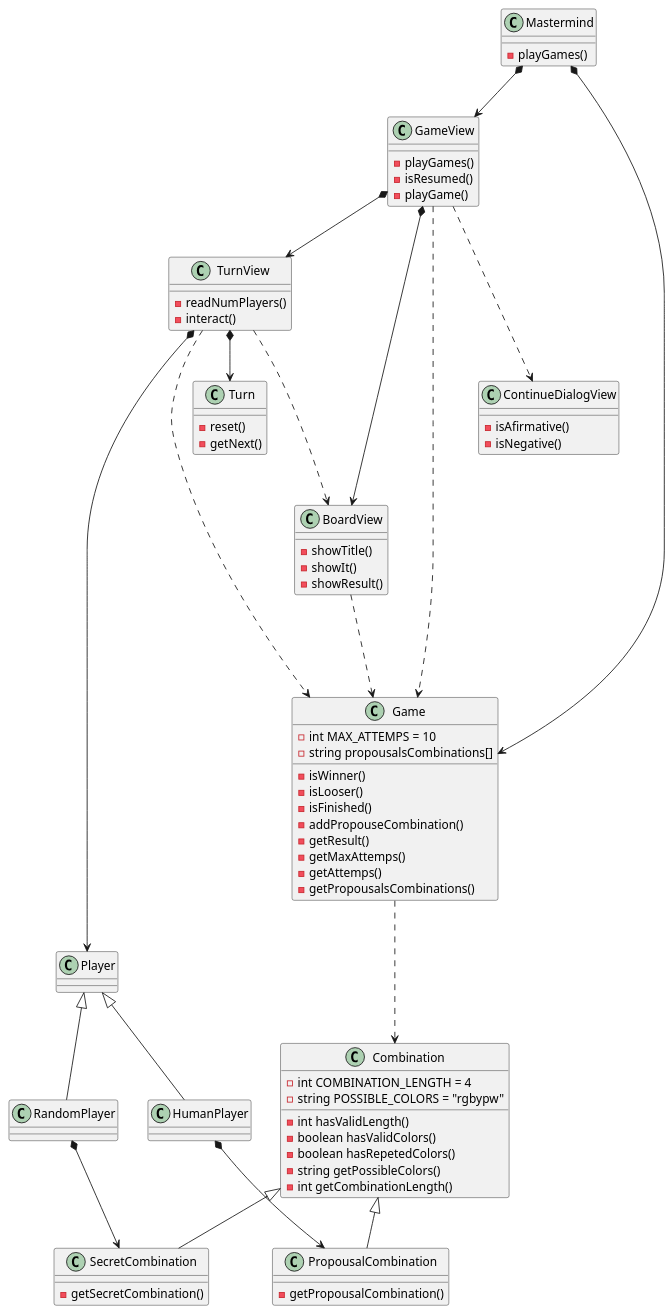
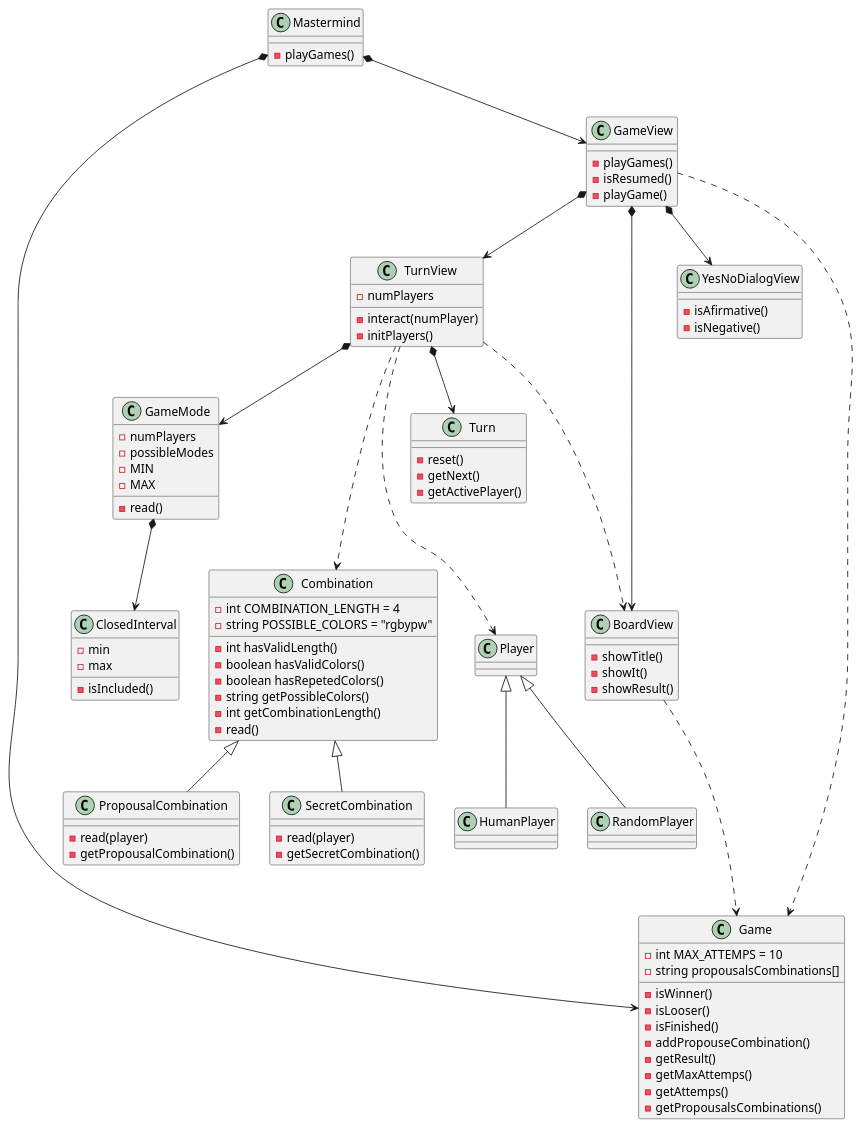
One commit to garmitano/MasterPyD---Games changed the diagram in doc/uml/mastermaind_clases.plantuml. Above: the diagram before and after it, drawn with PlantUML.

Commit message:
actualizacion del diagrama uml

```diff
--- a/doc/uml/mastermaind_clases.plantuml
+++ b/doc/uml/mastermaind_clases.plantuml
@@ -1,94 +1,110 @@
 @startuml mastermind_clases
 
 class Mastermind{
     - playGames()
 }
 
 class Game {
     - int MAX_ATTEMPS = 10
     - string propousalsCombinations[]
     - isWinner()
     - isLooser()
     - isFinished()
     - addPropouseCombination()
     - getResult()
     - getMaxAttemps()
     - getAttemps()
     - getPropousalsCombinations()
 }
 
 class GameView{
     - playGames()
     - isResumed()
     - playGame()
 }
 
 class TurnView{
-    - readNumPlayers()
-    - interact()
+    - numPlayers
+    - interact(numPlayer)
+    - initPlayers()
 }
 
 class Turn{
     - reset()
     - getNext()
+    - getActivePlayer()
 }
 
 class BoardView{
     - showTitle()
     - showIt()
     - showResult()
 }
 
-class ContinueDialogView{
+class YesNoDialogView{
     - isAfirmative()
     - isNegative()
+}
+
+class GameMode{
+    - numPlayers
+    - possibleModes
+    - MIN
+    - MAX
+    - read()
+}
+
+class ClosedInterval{
+    - min
+    - max
+    - isIncluded()
 }
 
 class Combination{
     - int COMBINATION_LENGTH = 4
     - string POSSIBLE_COLORS = "rgbypw"
     - int hasValidLength()
     - boolean hasValidColors()
     - boolean hasRepetedColors()
     - string getPossibleColors()
     - int getCombinationLength()
+    - read()
 
 } 
 class SecretCombination{
+    - read(player)
     - getSecretCombination()
 }
 class PropousalCombination{
+    - read(player)
     - getPropousalCombination()
 }
 
 class Player{}
 class RandomPlayer{}
 class HumanPlayer{}
 
 Mastermind *-down-> GameView
 Mastermind *-down-> Game
 
 GameView *-down-> BoardView
 GameView *-down-> TurnView
 GameView .-down-> Game
-GameView .-down-> ContinueDialogView
+GameView *-down-> YesNoDialogView
 
 TurnView *-down-> Turn
-TurnView *-down-> Player
 TurnView .-down-> BoardView
-TurnView .-down-> Game
-
-Game .-down-> Combination
+TurnView *-down-> GameMode
+TurnView .-down-> Combination
+TurnView .-down-> Player
 
 BoardView .-down-> Game
 
 Player <|-down- RandomPlayer
 Player <|-down- HumanPlayer
 
-RandomPlayer *-down-> SecretCombination
-
-HumanPlayer *-down-> PropousalCombination
-
 Combination <|-down- SecretCombination
 Combination <|-down- PropousalCombination
+
+GameMode *-down-> ClosedInterval
 @enduml
```
